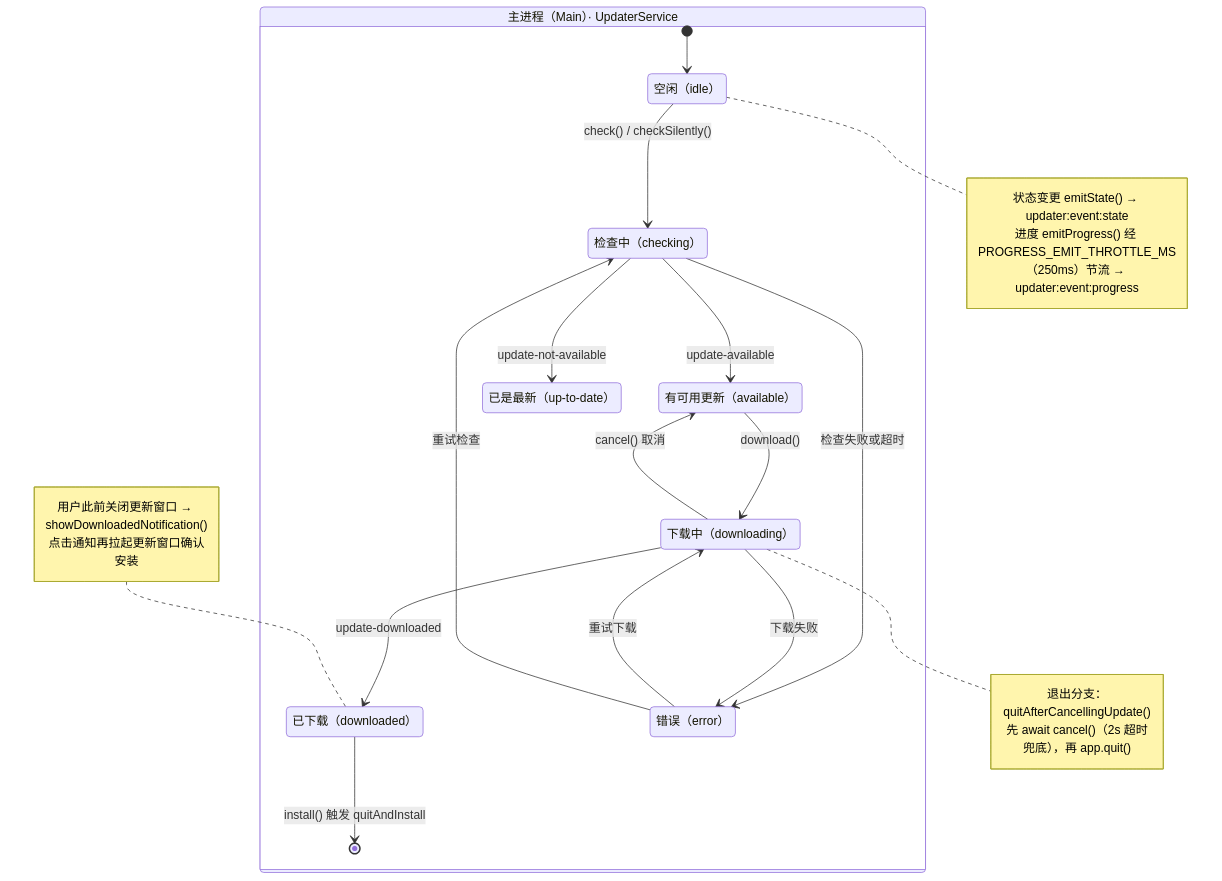
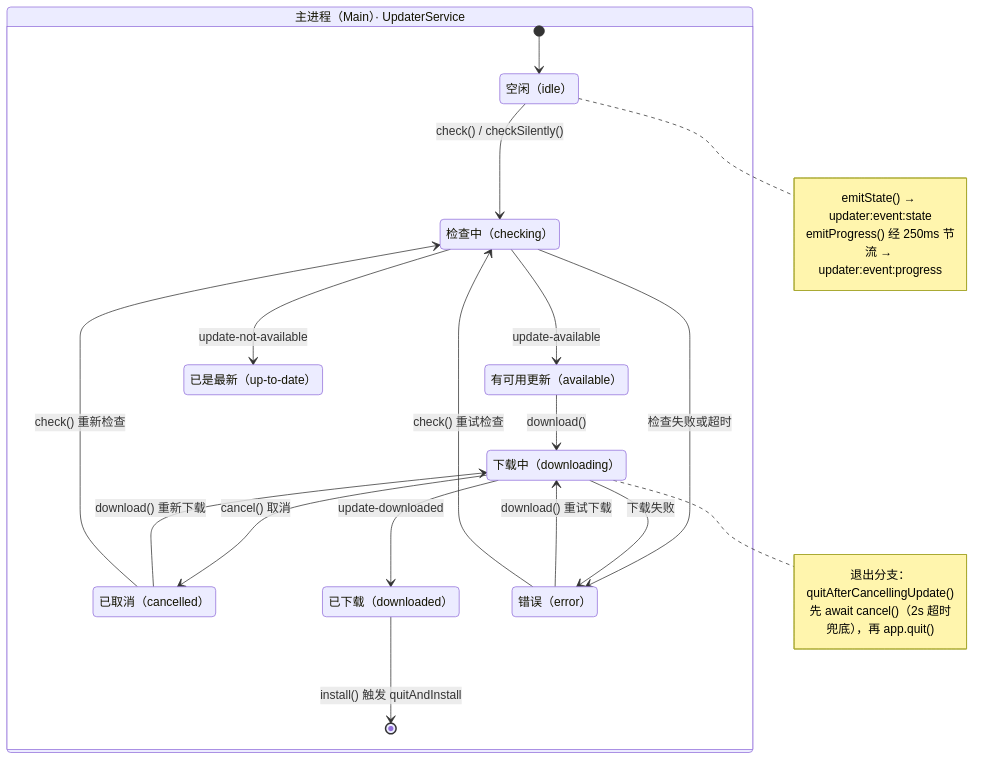
The diagram in packages/docs/src/pages/delivery/auto-update.md (BanShan-Alec/electron-react-monorepo-template), drawn with Mermaid before and after one commit. The commit also changed other lines of this file and 82 other files, not shown here.

````diff
--- a/packages/docs/src/pages/delivery/auto-update.md
+++ b/packages/docs/src/pages/delivery/auto-update.md
@@ -21,38 +23,37 @@
 ```mermaid
 stateDiagram-v2
     state "主进程（Main）· UpdaterService" as MainProcess {
         state "空闲（idle）" as idle
         state "检查中（checking）" as checking
         state "有可用更新（available）" as available
         state "下载中（downloading）" as downloading
+        state "已取消（cancelled）" as cancelled
         state "已下载（downloaded）" as downloaded
         state "已是最新（up-to-date）" as upToDate
         state "错误（error）" as error
 
         [*] --> idle
         idle --> checking: check() / checkSilently()
         checking --> available: update-available
         checking --> upToDate: update-not-available
         checking --> error: 检查失败或超时
         available --> downloading: download()
         downloading --> downloaded: update-downloaded
-        downloading --> available: cancel() 取消
+        downloading --> cancelled: cancel() 取消
         downloading --> error: 下载失败
-        error --> downloading: 重试下载
-        error --> checking: 重试检查
+        cancelled --> downloading: download() 重新下载
+        cancelled --> checking: check() 重新检查
+        error --> downloading: download() 重试下载
+        error --> checking: check() 重试检查
         downloaded --> [*]: install() 触发 quitAndInstall
 
         note right of idle
-            状态变更 emitState() → updater:event:state
-            进度 emitProgress() 经 PROGRESS_EMIT_THROTTLE_MS（250ms）节流 → updater:event:progress
+            emitState() → updater:event:state
+            emitProgress() 经 250ms 节流 → updater:event:progress
         end note
         note right of downloading
             退出分支：quitAfterCancellingUpdate()
             先 await cancel()（2s 超时兜底），再 app.quit()
         end note
-        note left of downloaded
-            用户此前关闭更新窗口 → showDownloadedNotification()
-            点击通知再拉起更新窗口确认安装
-        end note
     }
 ```
````
